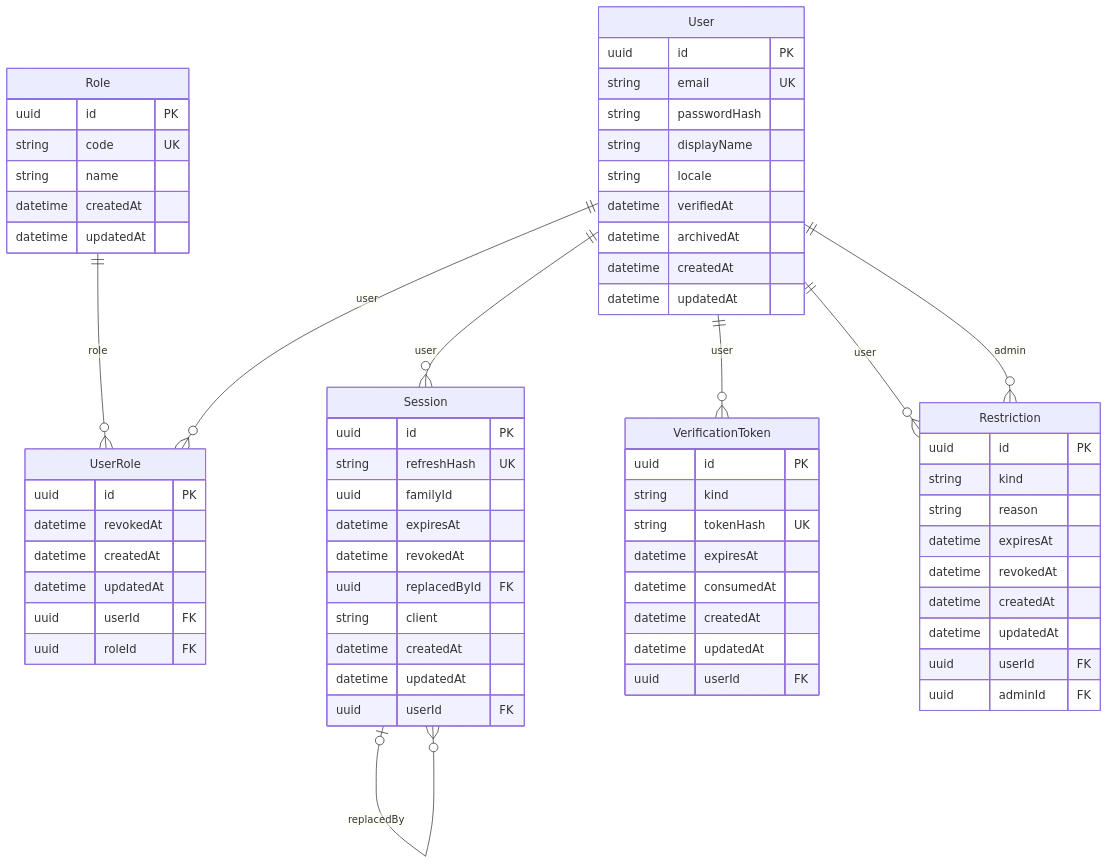
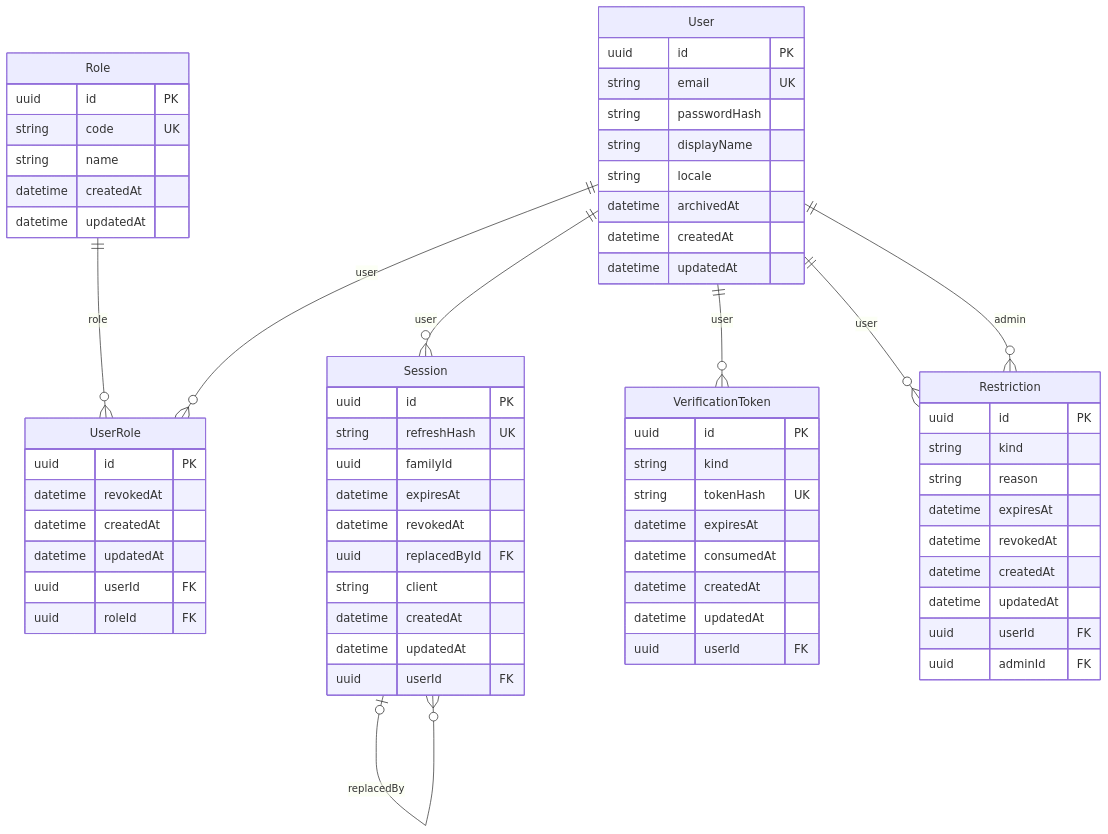
Before and after one commit to Fadi-Habil17/syrian-marketplace: the first of 7 diagrams in docs/ERD.md, drawn with Mermaid. The commit also changed 85 other files, not shown here.

````diff
--- a/docs/ERD.md
+++ b/docs/ERD.md
@@ -9,69 +9,68 @@
 ```mermaid
 erDiagram
   User {
     uuid id PK
     string email UK
     string passwordHash
     string displayName
     string locale
-    datetime verifiedAt
     datetime archivedAt
     datetime createdAt
     datetime updatedAt
   }
   Role {
     uuid id PK
     string code UK
     string name
     datetime createdAt
     datetime updatedAt
   }
   User ||--o{ UserRole : user
   Role ||--o{ UserRole : role
   UserRole {
     uuid id PK
     datetime revokedAt
     datetime createdAt
     datetime updatedAt
     uuid userId FK
     uuid roleId FK
   }
   User ||--o{ Session : user
   Session o|--o{ Session : replacedBy
   Session {
     uuid id PK
     string refreshHash UK
     uuid familyId
     datetime expiresAt
     datetime revokedAt
     uuid replacedById FK
     string client
     datetime createdAt
     datetime updatedAt
     uuid userId FK
   }
   User ||--o{ VerificationToken : user
   VerificationToken {
     uuid id PK
     string kind
     string tokenHash UK
     datetime expiresAt
     datetime consumedAt
     datetime createdAt
     datetime updatedAt
     uuid userId FK
   }
   User ||--o{ Restriction : user
   User ||--o{ Restriction : admin
   Restriction {
     uuid id PK
     string kind
     string reason
     datetime expiresAt
     datetime revokedAt
     datetime createdAt
     datetime updatedAt
     uuid userId FK
     uuid adminId FK
   }
 ```
````
